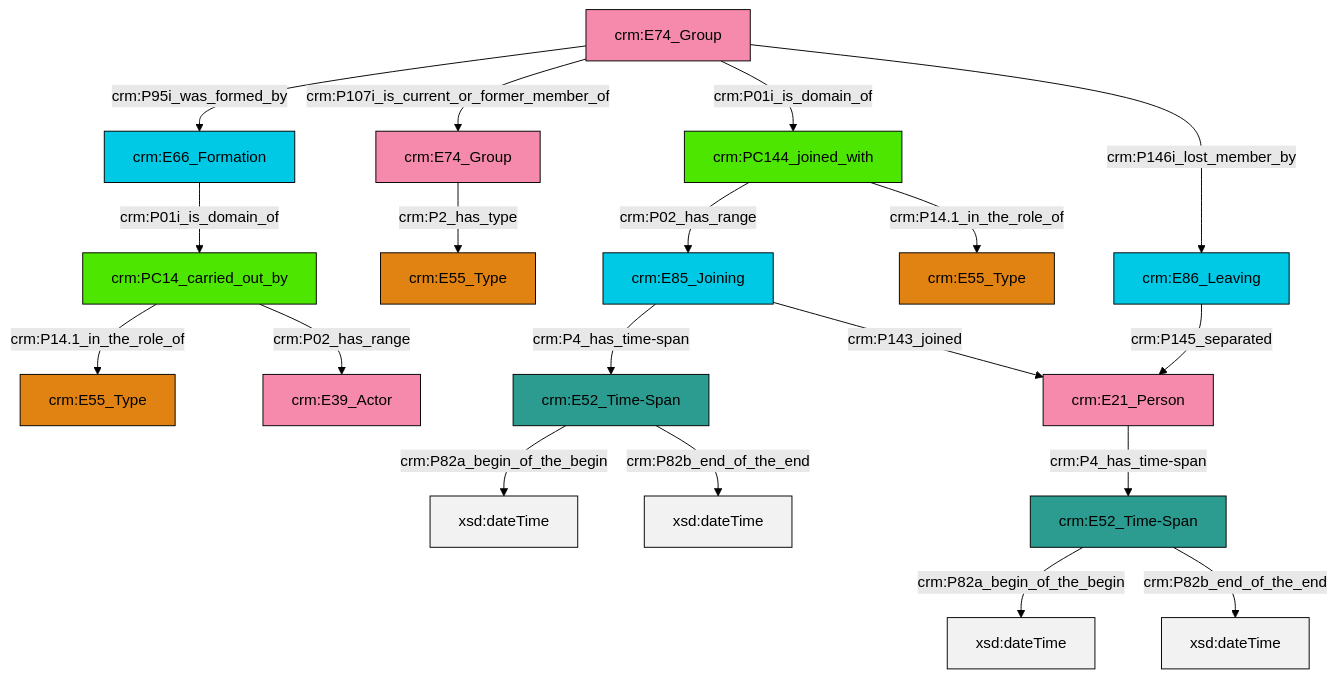
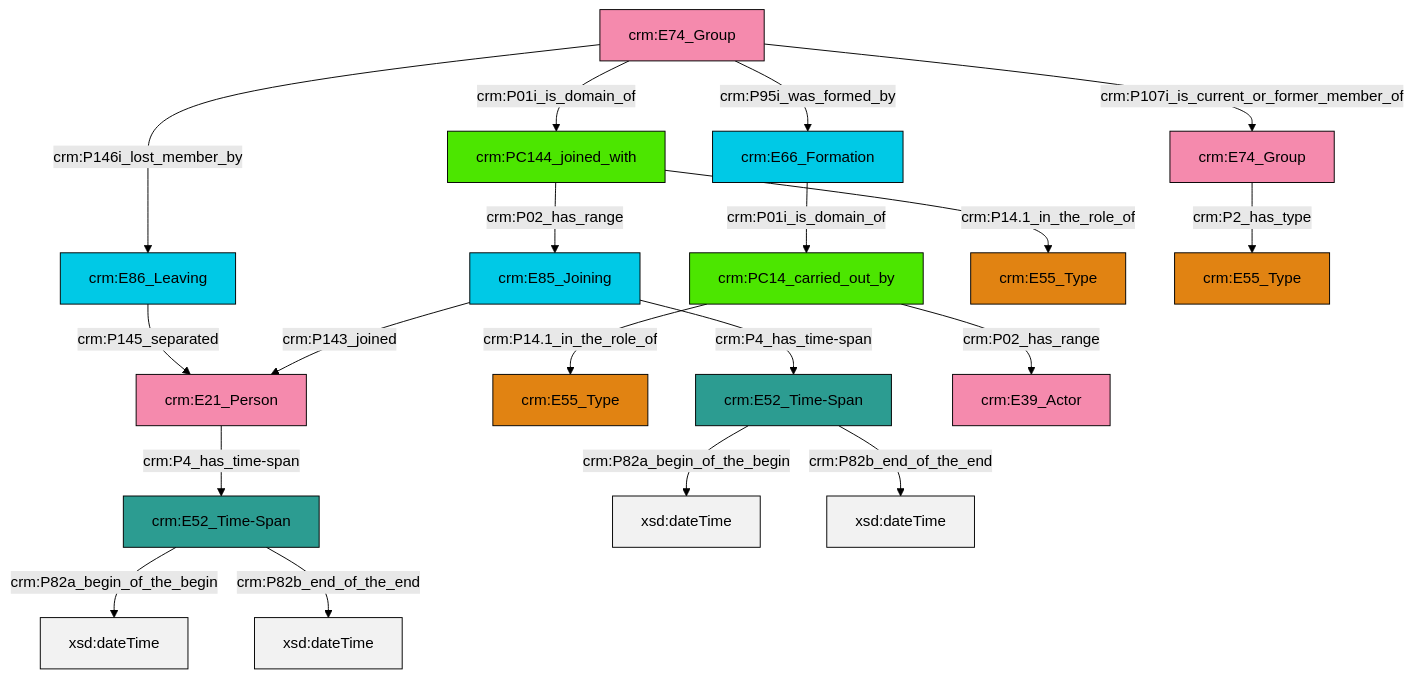
One commit to swiss-art-research-net/reference-data-models changed the diagram in et/groupCSV/ttl/mmd/group_actor_relations.ttl.mmd. Above: the diagram before and after it, drawn with Mermaid (forest theme). The commit also changed 128 other files, not shown here.

```diff
--- a/et/groupCSV/ttl/mmd/group_actor_relations.ttl.mmd
+++ b/et/groupCSV/ttl/mmd/group_actor_relations.ttl.mmd
@@ -1,33 +1,33 @@
 graph TD
 classDef Literal fill:#f2f2f2,stroke:#000000;
 classDef CRM_Entity fill:#FFFFFF,stroke:#000000;
 classDef Temporal_Entity fill:#00C9E6, stroke:#000000;
 classDef Type fill:#E18312, stroke:#000000;
 classDef Time-Span fill:#2C9C91, stroke:#000000;
 classDef Appellation fill:#FFEB7F, stroke:#000000;
 classDef Place fill:#008836, stroke:#000000;
 classDef Persistent_Item fill:#B266B2, stroke:#000000;
 classDef Conceptual_Object fill:#FFD700, stroke:#000000;
 classDef Physical_Thing fill:#D2B48C, stroke:#000000;
 classDef Actor fill:#f58aad, stroke:#000000;
 classDef PC_Classes fill:#4ce600, stroke:#000000;
 classDef Multi fill:#cccccc,stroke:#000000;
 
-0["crm:E74_Group"]:::Actor -->|crm:P95i_was_formed_by| 1["crm:E66_Formation"]:::Temporal_Entity
-2["crm:E85_Joining"]:::Temporal_Entity -->|crm:P4_has_time-span| 4["crm:E52_Time-Span"]:::Time-Span
-0["crm:E74_Group"]:::Actor -->|crm:P107i_is_current_or_former_member_of| 7["crm:E74_Group"]:::Actor
-8["crm:E52_Time-Span"]:::Time-Span -->|crm:P82a_begin_of_the_begin| 9[xsd:dateTime]:::Literal
-4["crm:E52_Time-Span"]:::Time-Span -->|crm:P82a_begin_of_the_begin| 10[xsd:dateTime]:::Literal
-1["crm:E66_Formation"]:::Temporal_Entity -->|crm:P01i_is_domain_of| 11["crm:PC14_carried_out_by"]:::PC_Classes
-2["crm:E85_Joining"]:::Temporal_Entity -->|crm:P143_joined| 13["crm:E21_Person"]:::Actor
-5["crm:E86_Leaving"]:::Temporal_Entity -->|crm:P145_separated| 13["crm:E21_Person"]:::Actor
-11["crm:PC14_carried_out_by"]:::PC_Classes -->|crm:P14.1_in_the_role_of| 19["crm:E55_Type"]:::Type
-8["crm:E52_Time-Span"]:::Time-Span -->|crm:P82b_end_of_the_end| 20[xsd:dateTime]:::Literal
-13["crm:E21_Person"]:::Actor -->|crm:P4_has_time-span| 8["crm:E52_Time-Span"]:::Time-Span
-11["crm:PC14_carried_out_by"]:::PC_Classes -->|crm:P02_has_range| 17["crm:E39_Actor"]:::Actor
-0["crm:E74_Group"]:::Actor -->|crm:P01i_is_domain_of| 25["crm:PC144_joined_with"]:::PC_Classes
+2["crm:E86_Leaving"]:::Temporal_Entity -->|crm:P145_separated| 3["crm:E21_Person"]:::Actor
+6["crm:E74_Group"]:::Actor -->|crm:P107i_is_current_or_former_member_of| 7["crm:E74_Group"]:::Actor
+3["crm:E21_Person"]:::Actor -->|crm:P4_has_time-span| 8["crm:E52_Time-Span"]:::Time-Span
+6["crm:E74_Group"]:::Actor -->|crm:P01i_is_domain_of| 10["crm:PC144_joined_with"]:::PC_Classes
+13["crm:E85_Joining"]:::Temporal_Entity -->|crm:P4_has_time-span| 11["crm:E52_Time-Span"]:::Time-Span
+8["crm:E52_Time-Span"]:::Time-Span -->|crm:P82a_begin_of_the_begin| 14[xsd:dateTime]:::Literal
+10["crm:PC144_joined_with"]:::PC_Classes -->|crm:P14.1_in_the_role_of| 15["crm:E55_Type"]:::Type
+0["crm:PC14_carried_out_by"]:::PC_Classes -->|crm:P02_has_range| 16["crm:E39_Actor"]:::Actor
+11["crm:E52_Time-Span"]:::Time-Span -->|crm:P82a_begin_of_the_begin| 19[xsd:dateTime]:::Literal
+0["crm:PC14_carried_out_by"]:::PC_Classes -->|crm:P14.1_in_the_role_of| 4["crm:E55_Type"]:::Type
+13["crm:E85_Joining"]:::Temporal_Entity -->|crm:P143_joined| 3["crm:E21_Person"]:::Actor
 7["crm:E74_Group"]:::Actor -->|crm:P2_has_type| 23["crm:E55_Type"]:::Type
-25["crm:PC144_joined_with"]:::PC_Classes -->|crm:P02_has_range| 2["crm:E85_Joining"]:::Temporal_Entity
-0["crm:E74_Group"]:::Actor -->|crm:P146i_lost_member_by| 5["crm:E86_Leaving"]:::Temporal_Entity
-25["crm:PC144_joined_with"]:::PC_Classes -->|crm:P14.1_in_the_role_of| 14["crm:E55_Type"]:::Type
-4["crm:E52_Time-Span"]:::Time-Span -->|crm:P82b_end_of_the_end| 34[xsd:dateTime]:::Literal
+6["crm:E74_Group"]:::Actor -->|crm:P95i_was_formed_by| 20["crm:E66_Formation"]:::Temporal_Entity
+20["crm:E66_Formation"]:::Temporal_Entity -->|crm:P01i_is_domain_of| 0["crm:PC14_carried_out_by"]:::PC_Classes
+10["crm:PC144_joined_with"]:::PC_Classes -->|crm:P02_has_range| 13["crm:E85_Joining"]:::Temporal_Entity
+6["crm:E74_Group"]:::Actor -->|crm:P146i_lost_member_by| 2["crm:E86_Leaving"]:::Temporal_Entity
+11["crm:E52_Time-Span"]:::Time-Span -->|crm:P82b_end_of_the_end| 33[xsd:dateTime]:::Literal
+8["crm:E52_Time-Span"]:::Time-Span -->|crm:P82b_end_of_the_end| 34[xsd:dateTime]:::Literal
```
